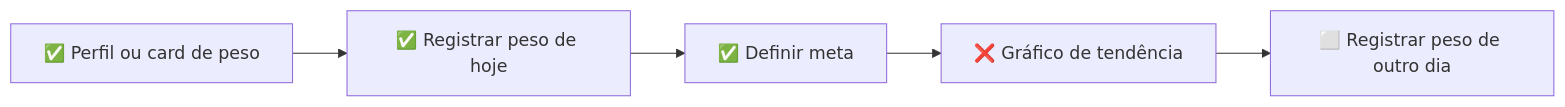
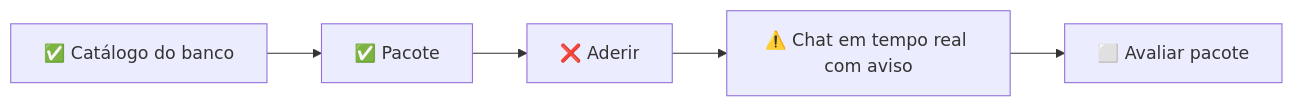
The sixth of 7 diagrams in audit/analysis.md (willians-e-silva/treina), drawn with Mermaid before and after one commit. The commit also changed other lines of this file and 22 other files, not shown here.

````diff
--- a/audit/analysis.md
+++ b/audit/analysis.md
@@ -2009,12 +2136,12 @@
 ```mermaid
 flowchart LR
-  s0["✅ Perfil ou card de peso"]
-  s1["✅ Registrar peso de hoje"]
+  s0["✅ Catálogo do banco"]
+  s1["✅ Pacote"]
   s0 --> s1
-  s2["✅ Definir meta"]
+  s2["❌ Aderir"]
   s1 --> s2
-  s3["❌ Gráfico de tendência"]
+  s3["⚠️ Chat em tempo real com aviso"]
   s2 --> s3
-  s4["⬜ Registrar peso de outro dia"]
+  s4["⬜ Avaliar pacote"]
   s3 --> s4
 ```
````
